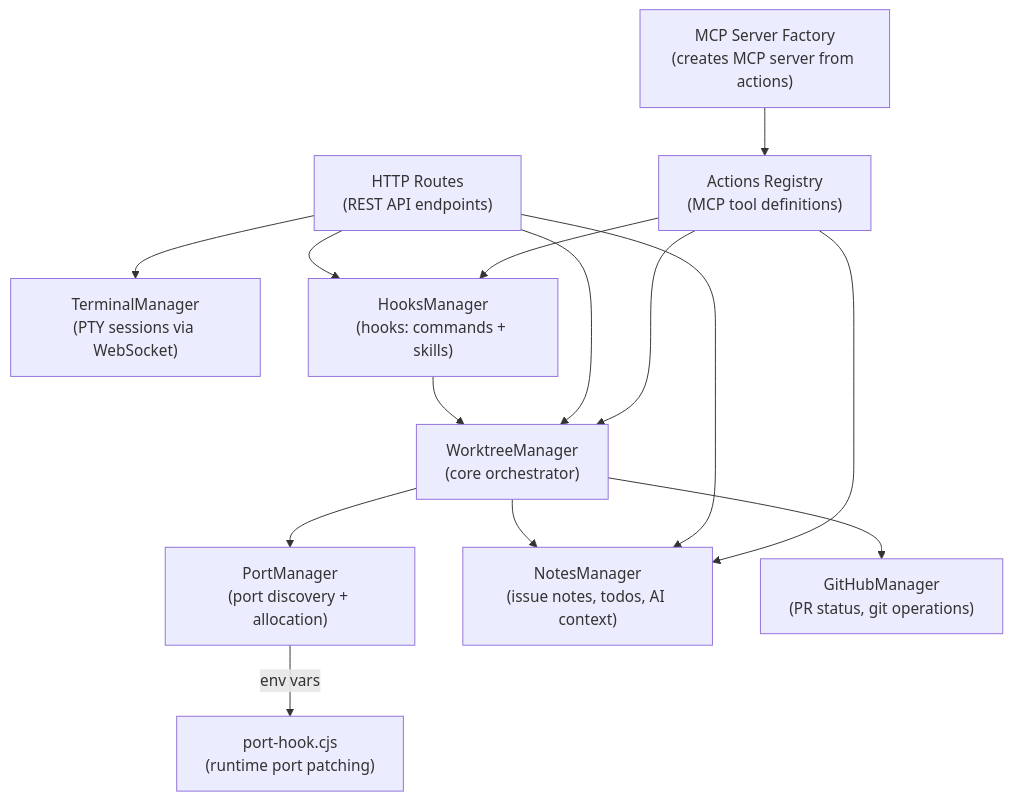
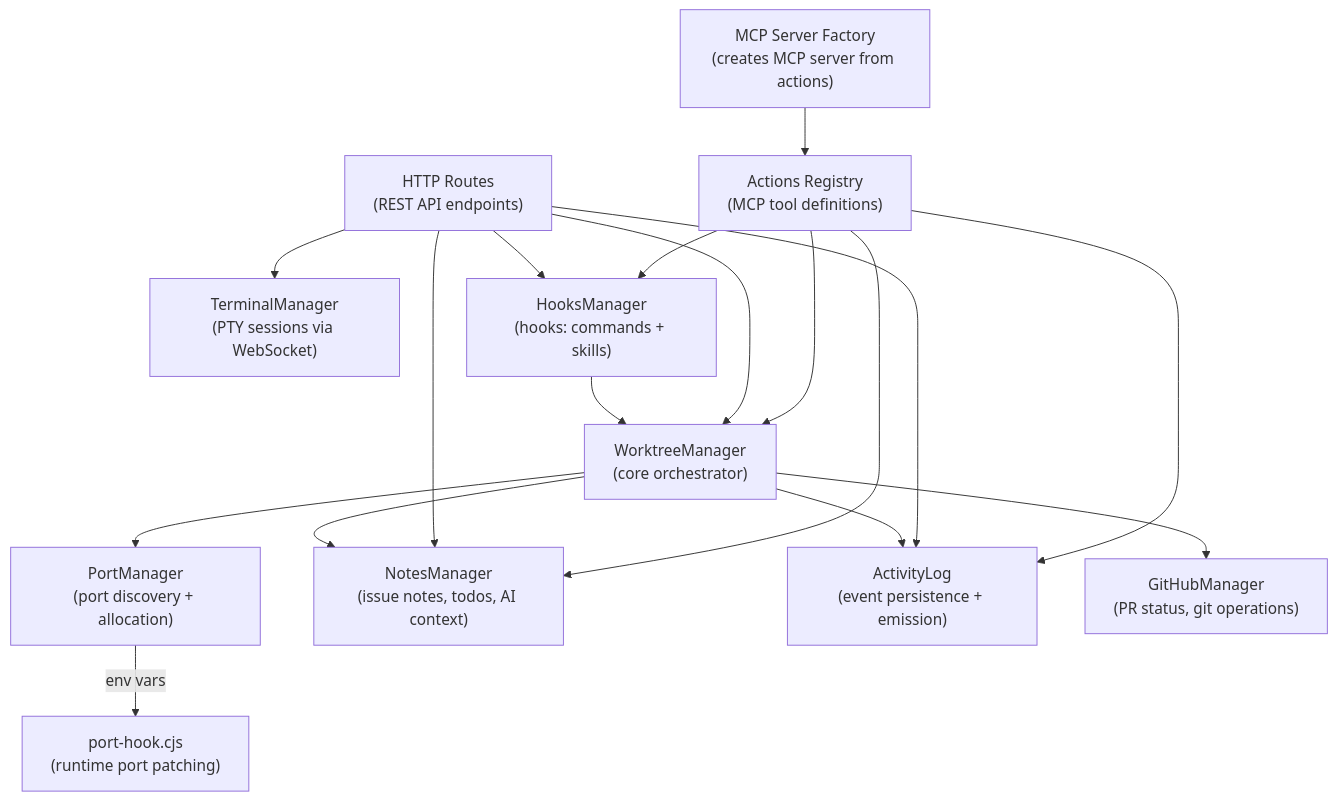
One commit to fum4/worktree-manager changed the second of 3 diagrams in docs/ARCHITECTURE.md. Above: the diagram before and after it, drawn with Mermaid. The commit also changed other lines of this file and 7 other files, not shown here.

````diff
--- a/docs/ARCHITECTURE.md
+++ b/docs/ARCHITECTURE.md
@@ -36,27 +36,31 @@
 ```mermaid
 flowchart TB
     WM["WorktreeManager\n(core orchestrator)"]
     PM["PortManager\n(port discovery + allocation)"]
     TM["TerminalManager\n(PTY sessions via WebSocket)"]
     NM["NotesManager\n(issue notes, todos, AI context)"]
+    AL["ActivityLog\n(event persistence + emission)"]
     VM["HooksManager\n(hooks: commands + skills)"]
     GH["GitHubManager\n(PR status, git operations)"]
     Hook["port-hook.cjs\n(runtime port patching)"]
     Actions["Actions Registry\n(MCP tool definitions)"]
     McpFactory["MCP Server Factory\n(creates MCP server from actions)"]
     Routes["HTTP Routes\n(REST API endpoints)"]
 
     WM --> PM
     WM --> NM
+    WM --> AL
     WM --> GH
     VM --> WM
     Routes --> WM
     Routes --> TM
     Routes --> NM
     Routes --> VM
+    Routes --> AL
     Actions --> WM
     Actions --> NM
     Actions --> VM
+    Actions --> AL
     McpFactory --> Actions
     PM -->|env vars| Hook
 ```
````
